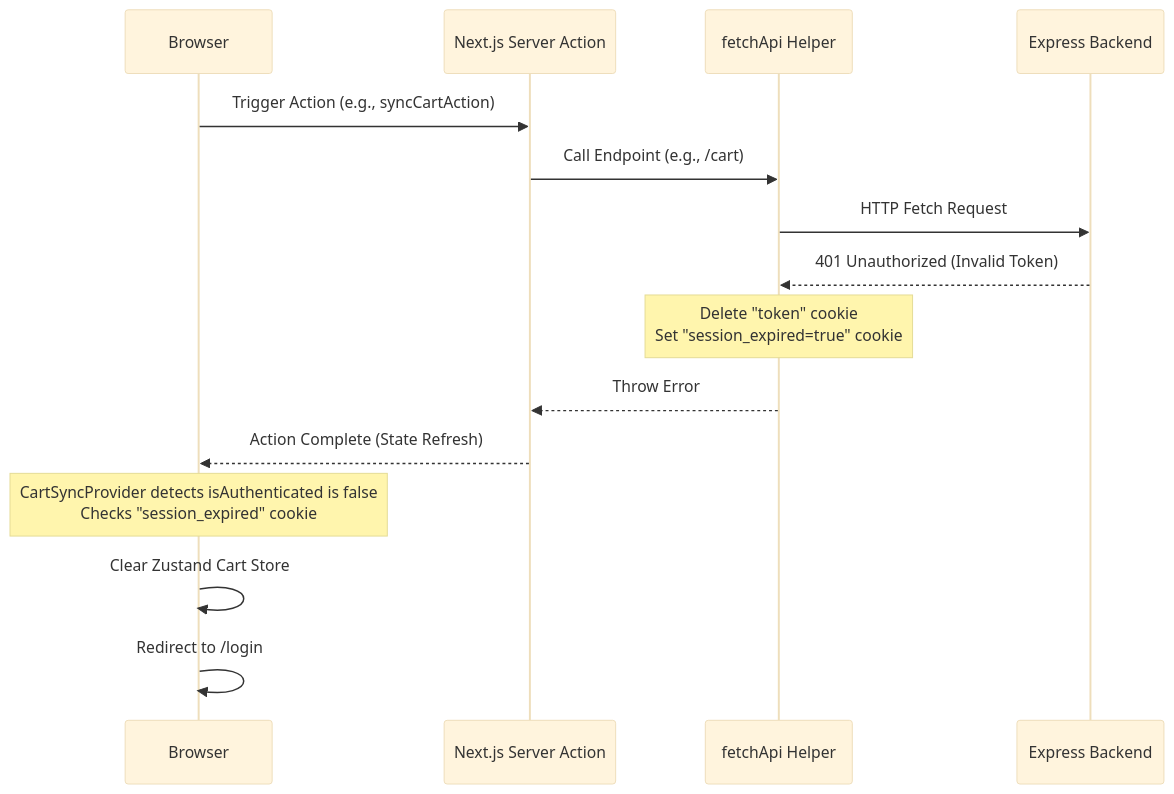
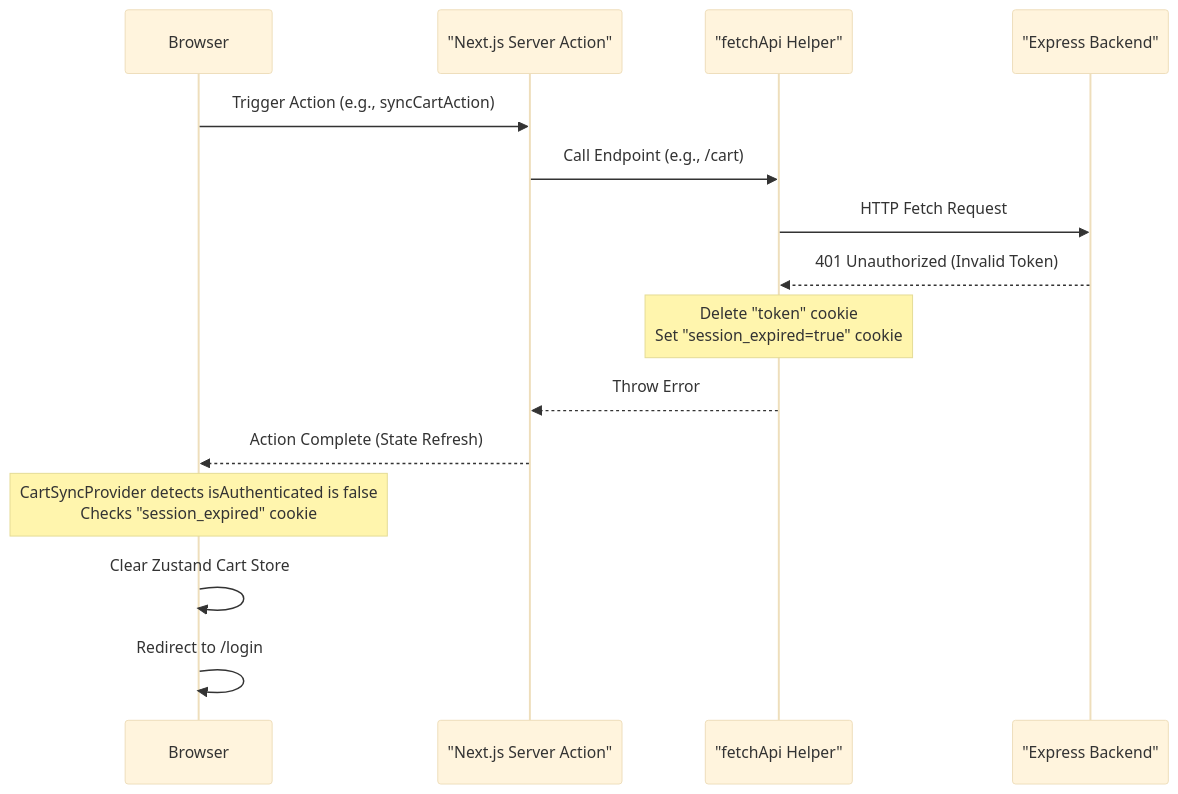
The diagram in docs/plans/2026-06-01-logout-on-401-design.md (mahmoudkamalfci/next-full-stack-ecommerce), drawn with Mermaid (base theme) before and after one commit.

Commit message:
docs: wrap participant labels in quotes within logout sequence diagram

````diff
--- a/docs/plans/2026-06-01-logout-on-401-design.md
+++ b/docs/plans/2026-06-01-logout-on-401-design.md
@@ -11,18 +11,18 @@
 ```mermaid
 sequenceDiagram
     participant Browser
-    participant ServerAction as Next.js Server Action
-    participant fetchApi as fetchApi Helper
-    participant Backend as Express Backend
+    participant ServerAction as "Next.js Server Action"
+    participant fetchApi as "fetchApi Helper"
+    participant Backend as "Express Backend"
 
     Browser->>ServerAction: Trigger Action (e.g., syncCartAction)
     ServerAction->>fetchApi: Call Endpoint (e.g., /cart)
     fetchApi->>Backend: HTTP Fetch Request
     Backend-->>fetchApi: 401 Unauthorized (Invalid Token)
     Note over fetchApi: Delete "token" cookie<br/>Set "session_expired=true" cookie
     fetchApi-->>ServerAction: Throw Error
     ServerAction-->>Browser: Action Complete (State Refresh)
     Note over Browser: CartSyncProvider detects isAuthenticated is false<br/>Checks "session_expired" cookie
     Browser->>Browser: Clear Zustand Cart Store
     Browser->>Browser: Redirect to /login
 ```
````
